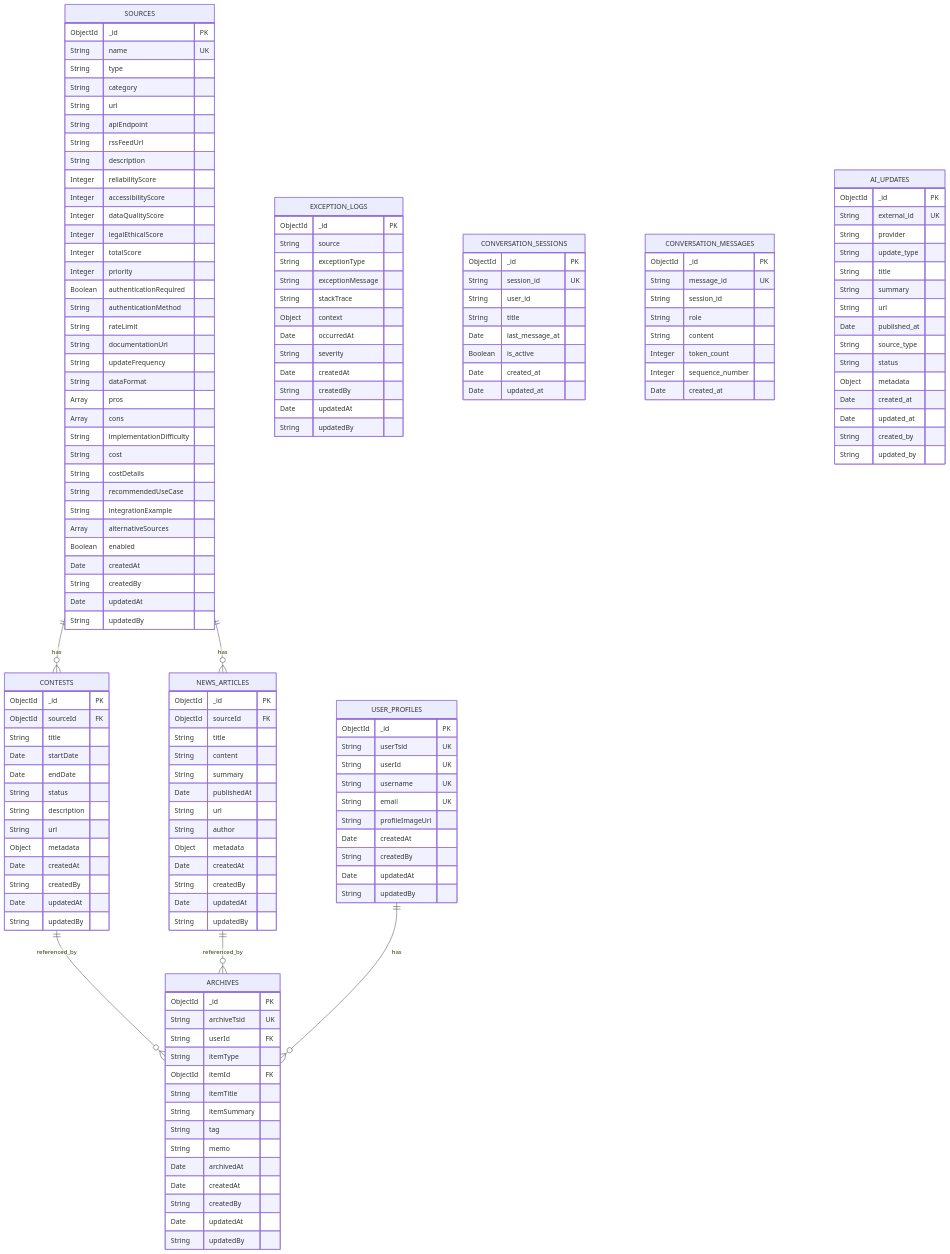
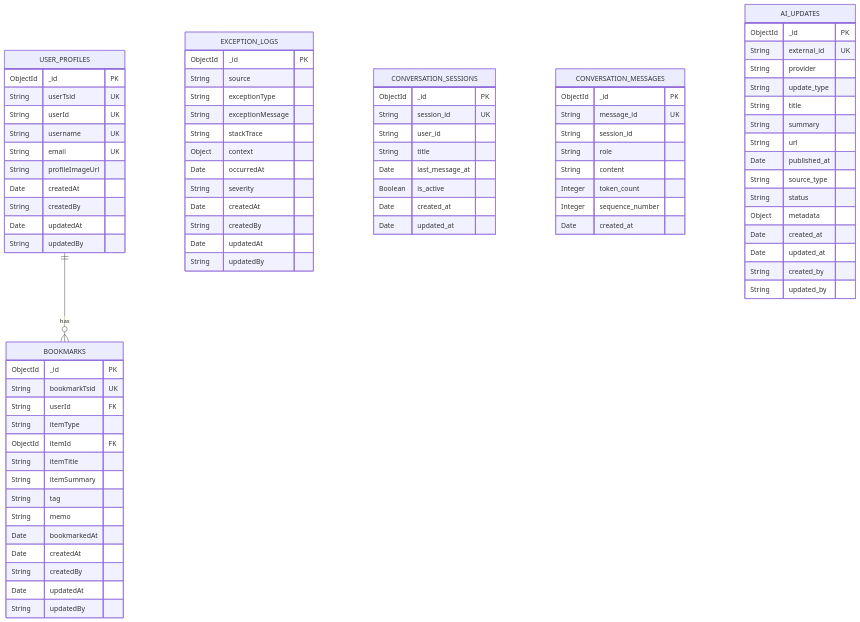
Before and after one commit to thswlsqls/tech-n-ai: the diagram in docs/step1/2. mongodb-schema-design.md, drawn with Mermaid. The commit also changed other lines of this file and 68 other files, not shown here.

````diff
--- a/docs/step1/2. mongodb-schema-design.md
+++ b/docs/step1/2. mongodb-schema-design.md
@@ -751,82 +505,10 @@
 ```mermaid
 erDiagram
-    SOURCES ||--o{ CONTESTS : "has"
-    SOURCES ||--o{ NEWS_ARTICLES : "has"
-    CONTESTS ||--o{ ARCHIVES : "referenced_by"
-    NEWS_ARTICLES ||--o{ ARCHIVES : "referenced_by"
-    USER_PROFILES ||--o{ ARCHIVES : "has"
-    
-    SOURCES {
+    USER_PROFILES ||--o{ BOOKMARKS : "has"
+
+    BOOKMARKS {
         ObjectId _id PK
-        String name UK
-        String type
-        String category
-        String url
-        String apiEndpoint
-        String rssFeedUrl
-        String description
-        Integer reliabilityScore
-        Integer accessibilityScore
-        Integer dataQualityScore
-        Integer legalEthicalScore
-        Integer totalScore
-        Integer priority
-        Boolean authenticationRequired
-        String authenticationMethod
-        String rateLimit
-        String documentationUrl
-        String updateFrequency
-        String dataFormat
-        Array pros
-        Array cons
-        String implementationDifficulty
-        String cost
-        String costDetails
-        String recommendedUseCase
-        String integrationExample
-        Array alternativeSources
-        Boolean enabled
-        Date createdAt
-        String createdBy
-        Date updatedAt
-        String updatedBy
-    }
-    
-    CONTESTS {
-        ObjectId _id PK
-        ObjectId sourceId FK
-        String title
-        Date startDate
-        Date endDate
-        String status
-        String description
-        String url
-        Object metadata
-        Date createdAt
-        String createdBy
-        Date updatedAt
-        String updatedBy
-    }
-    
-    NEWS_ARTICLES {
-        ObjectId _id PK
-        ObjectId sourceId FK
-        String title
-        String content
-        String summary
-        Date publishedAt
-        String url
-        String author
-        Object metadata
-        Date createdAt
-        String createdBy
-        Date updatedAt
-        String updatedBy
-    }
-    
-    ARCHIVES {
-        ObjectId _id PK
-        String archiveTsid UK
+        String bookmarkTsid UK
         String userId FK
         String itemType
         ObjectId itemId FK
@@ -834,7 +516,7 @@
         String itemSummary
         String tag
         String memo
-        Date archivedAt
+        Date bookmarkedAt
         Date createdAt
         String createdBy
         Date updatedAt
````
